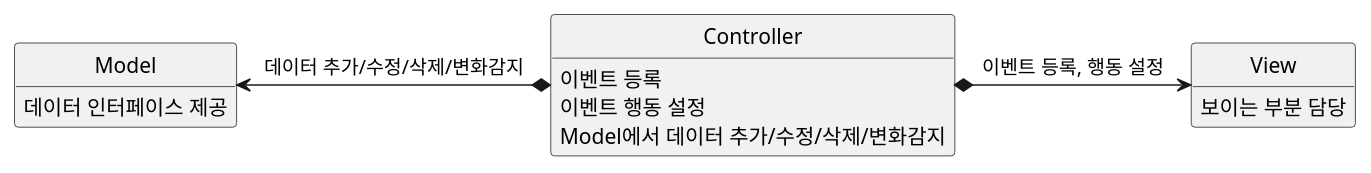
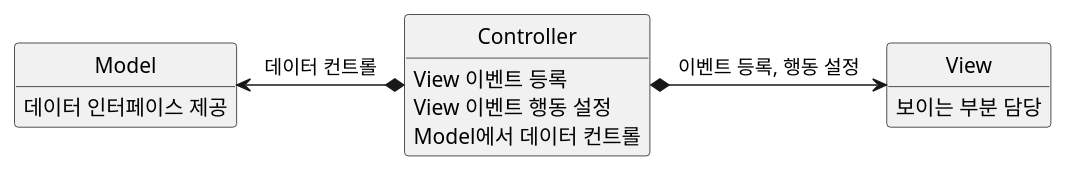
The first of 5 diagrams in _posts/blog/2017-06-19-mvc-mvp-mvvm.md (vomvoru/vomvoru.github.io), drawn with PlantUML before and after one commit. The commit also changed other lines of this file, not shown here.

````diff
--- a/_posts/blog/2017-06-19-mvc-mvp-mvvm.md
+++ b/_posts/blog/2017-06-19-mvc-mvp-mvvm.md
@@ -28,22 +30,22 @@
 ```plantuml
 class Model {
     데이터 인터페이스 제공
 }
 
 class View {
     보이는 부분 담당
 }
 
 class Controller{
-    이벤트 등록
-    이벤트 행동 설정
-    Model에서 데이터 추가/수정/삭제/변화감지
+    View 이벤트 등록
+    View 이벤트 행동 설정
+    Model에서 데이터 컨트롤
 }
 
-Controller *-left-> Model : 데이터 추가/수정/삭제/변화감지
+Controller *-left-> Model : 데이터 컨트롤
 Controller *-right-> View : 이벤트 등록, 행동 설정
 
 hide empty fields
 hide empty methods
 hide circle
 ```
````
